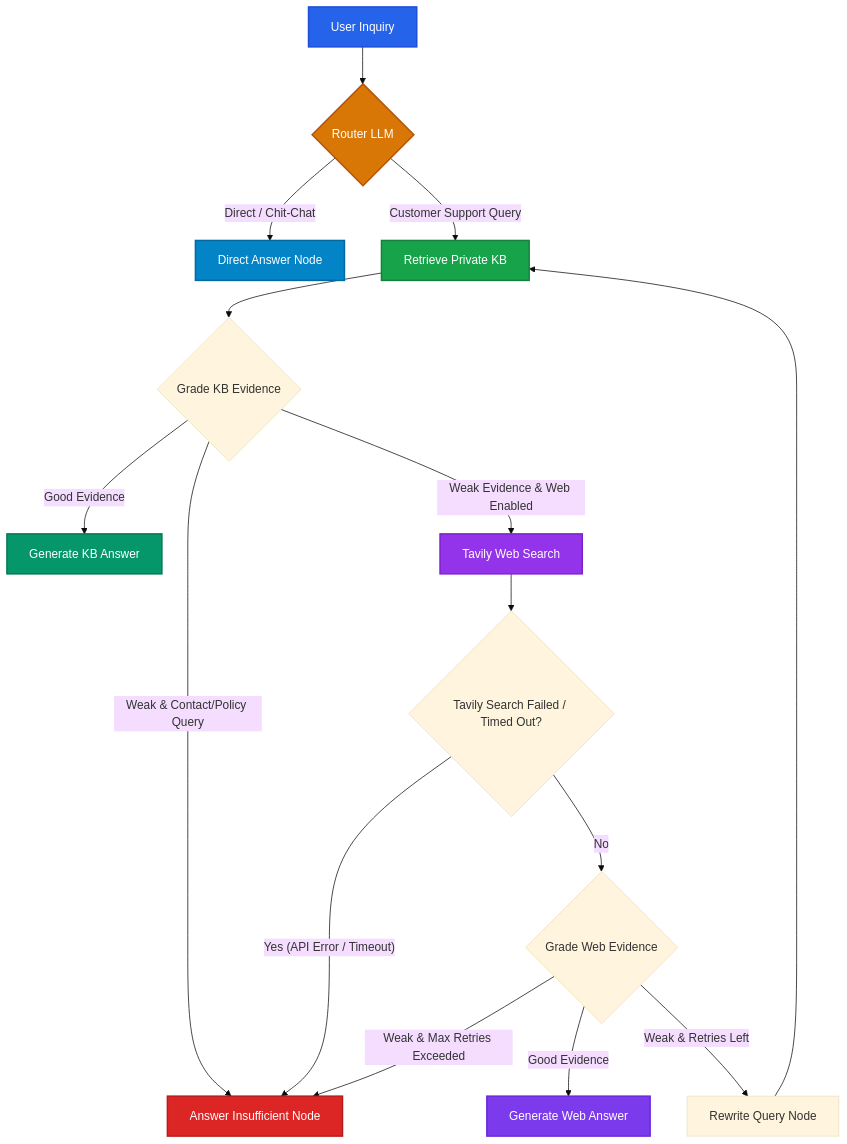
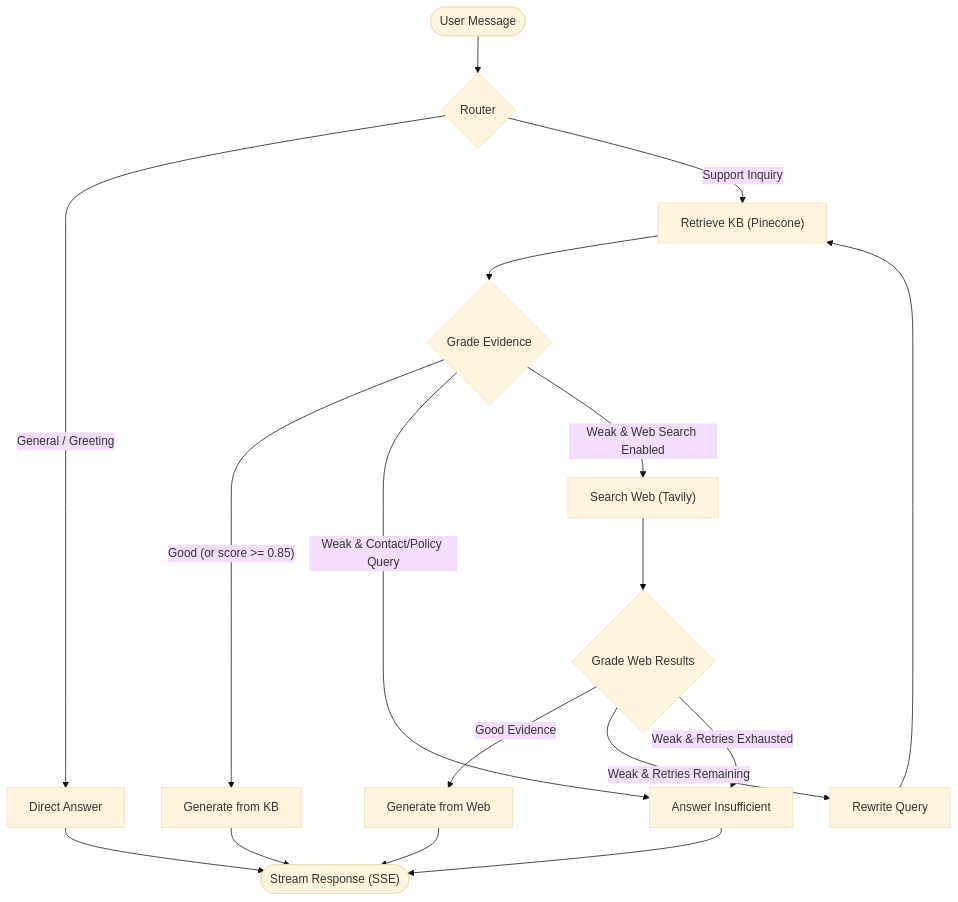
Before and after one commit to tilakchow/agentic-customer-support-rag: the diagram in README.md, drawn with Mermaid (base theme). The commit also changed other lines of this file and 11 other files, not shown here.

````diff
--- a/README.md
+++ b/README.md
@@ -51,26 +36,26 @@
 ```mermaid
 graph TD
-    A["User Inquiry"] --> B{"Router LLM"}
-    B -- "Direct / Chit-Chat" --> C["Direct Answer Node"]
-    B -- "Customer Support Query" --> D["Retrieve Private KB"]
-    D --> E{"Grade KB Evidence"}
-    E -- "Good Evidence" --> F["Generate KB Answer"]
-    E -- "Weak Evidence & Web Enabled" --> G["Tavily Web Search"]
-    E -- "Weak & Contact/Policy Query" --> K["Answer Insufficient Node"]
-    G --> H{"Tavily Search Failed / Timed Out?"}
-    H -- "Yes (API Error / Timeout)" --> K
-    H -- "No" --> I{"Grade Web Evidence"}
-    I -- "Good Evidence" --> J["Generate Web Answer"]
-    I -- "Weak & Retries Left" --> L["Rewrite Query Node"]
-    L --> D
-    I -- "Weak & Max Retries Exceeded" --> K
+    Start(["User Message"]) --> Router{"Router"}
     
-    style A fill:#2563eb,stroke:#1d4ed8,stroke-width:2px,color:#fff
-    style B fill:#d97706,stroke:#b45309,stroke-width:2px,color:#fff
-    style D fill:#16a34a,stroke:#15803d,stroke-width:2px,color:#fff
-    style G fill:#9333ea,stroke:#7e22ce,stroke-width:2px,color:#fff
-    style C fill:#0284c7,stroke:#0369a1,stroke-width:2px,color:#fff
-    style F fill:#059669,stroke:#047857,stroke-width:2px,color:#fff
-    style J fill:#7c3aed,stroke:#6d28d9,stroke-width:2px,color:#fff
-    style K fill:#dc2626,stroke:#b91c1c,stroke-width:2px,color:#fff
+    Router -- "General / Greeting" --> Direct["Direct Answer"]
+    Router -- "Support Inquiry" --> RetrieveKB["Retrieve KB (Pinecone)"]
+    
+    RetrieveKB --> GradeKB{"Grade Evidence"}
+    
+    GradeKB -- "Good (or score >= 0.85)" --> GenKB["Generate from KB"]
+    GradeKB -- "Weak & Contact/Policy Query" --> Insufficient["Answer Insufficient"]
+    GradeKB -- "Weak & Web Search Enabled" --> WebSearch["Search Web (Tavily)"]
+    
+    WebSearch --> GradeWeb{"Grade Web Results"}
+    
+    GradeWeb -- "Good Evidence" --> GenWeb["Generate from Web"]
+    GradeWeb -- "Weak & Retries Remaining" --> Rewrite["Rewrite Query"]
+    GradeWeb -- "Weak & Retries Exhausted" --> Insufficient
+    
+    Rewrite --> RetrieveKB
+    
+    GenKB --> End(["Stream Response (SSE)"])
+    GenWeb --> End
+    Direct --> End
+    Insufficient --> End
 ```
````
